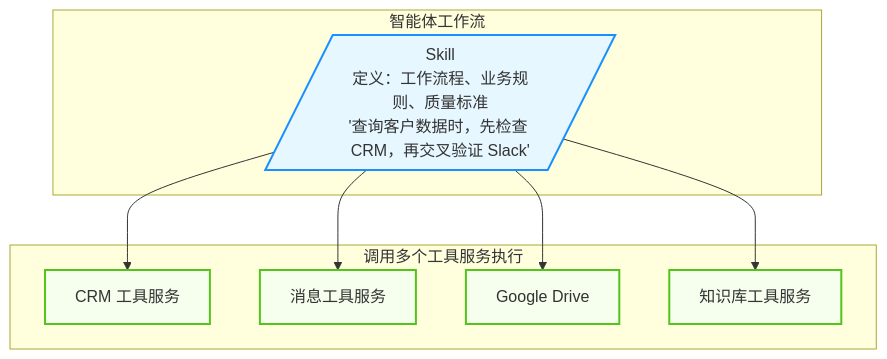
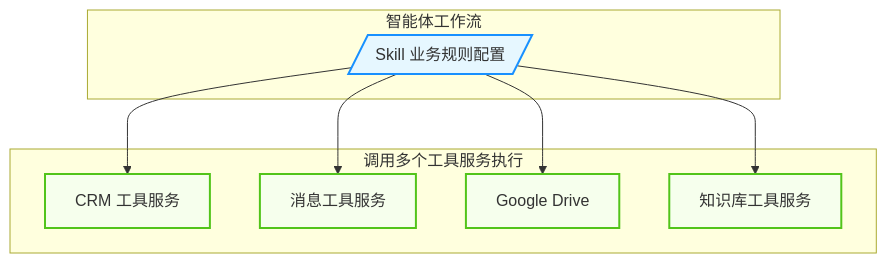
One commit to yeasy/agentic_ai_guide changed the third of 3 diagrams in 04_tools/4.4_skills.md. Above: the diagram before and after it, drawn with Mermaid. The commit also changed other lines of this file and 41 other files, not shown here.

````diff
--- a/04_tools/4.4_skills.md
+++ b/04_tools/4.4_skills.md
@@ -161,25 +160,25 @@
 ```mermaid
 graph TD
     %% Agentic Design System
     classDef agent fill:#e6f7ff,stroke:#1890ff,stroke-width:2px;
     classDef tool fill:#f6ffed,stroke:#52c41a,stroke-width:2px;
 
     subgraph Workflow [智能体工作流]
-        Skill[/"Skill<br>定义：工作流程、业务规则、质量标准<br>'查询客户数据时，先检查 CRM，再交叉验证 Slack'"/]
+        Skill[/"Skill 业务规则配置"/]
     end
     
     subgraph Execution [调用多个工具服务执行]
         S1[CRM 工具服务]
         S2[消息工具服务]
         S3[Google Drive]
         S4[知识库工具服务]
     end
     
     Skill --> S1
     Skill --> S2
     Skill --> S3
     Skill --> S4
     
     class Skill agent;
     class S1,S2,S3,S4 tool;
 ```
````
